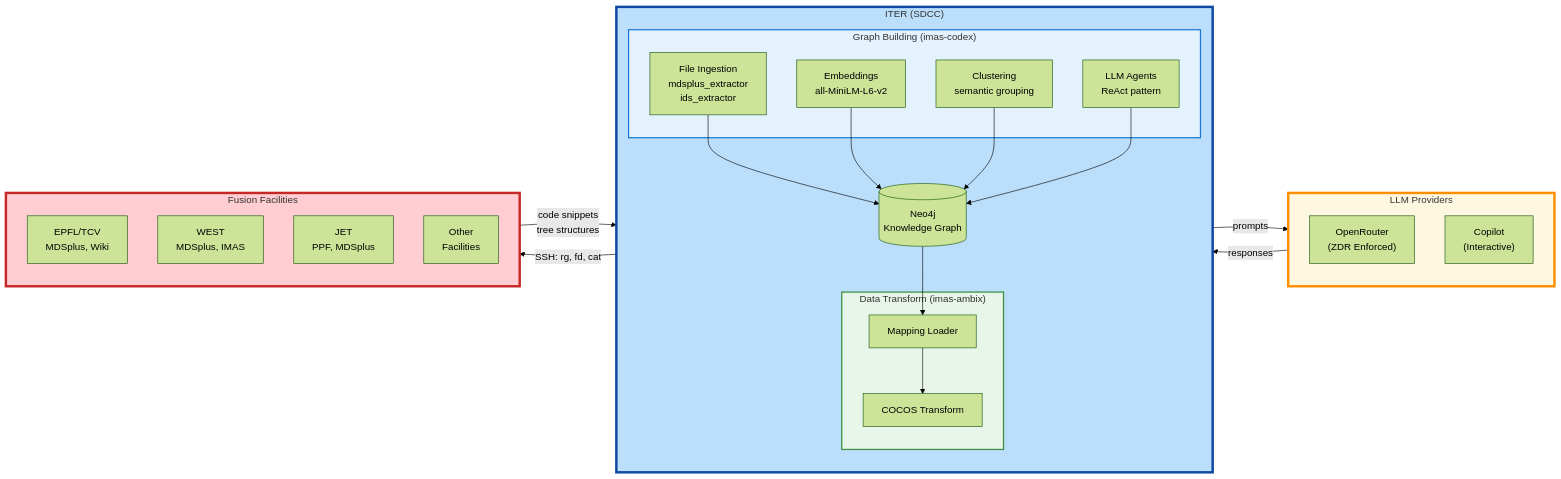
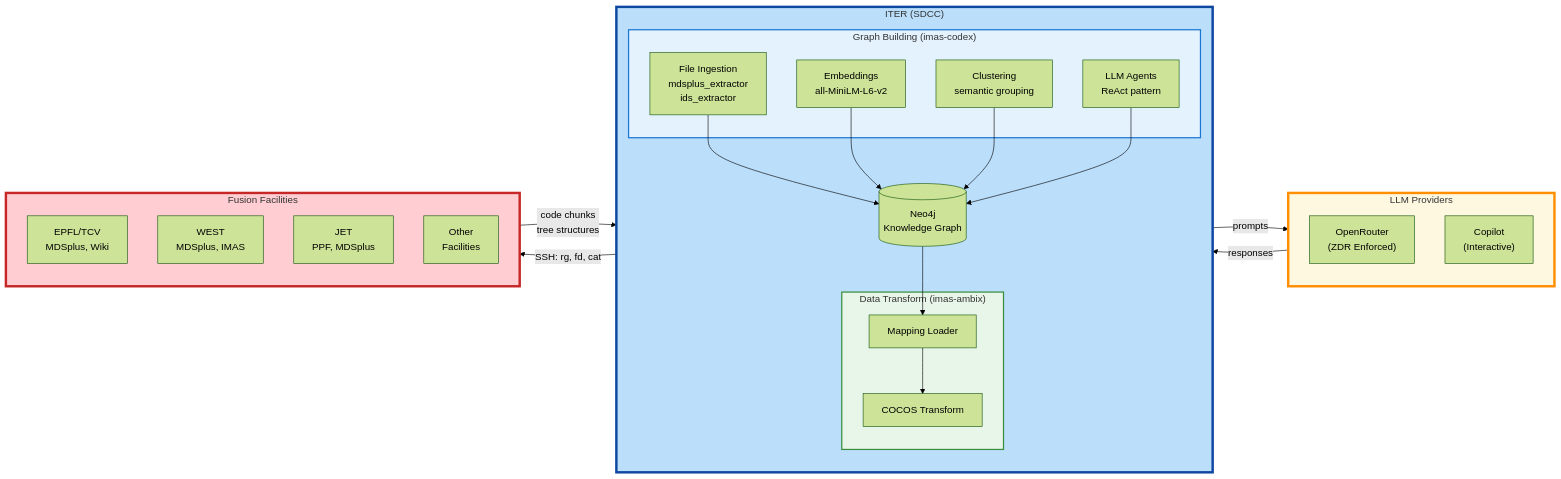
Before and after one commit to iterorganization/imas-mcp: the third of 8 diagrams in docs/architecture/facility-access.md, drawn with Mermaid (forest theme). The commit also changed other lines of this file, not shown here.

First line of the commit message:
docs: improve facility-access architecture document

````diff
--- a/docs/architecture/facility-access.md
+++ b/docs/architecture/facility-access.md
@@ -115,66 +117,66 @@
 ```mermaid
 flowchart LR
     subgraph LLM_BOX["LLM Providers"]
         direction TB
         OPENROUTER["OpenRouter
         (ZDR Enforced)"]
         COPILOT["Copilot
         (Interactive)"]
     end
 
     subgraph ITER_BOX["ITER (SDCC)"]
         direction TB
         
         subgraph BUILD["Graph Building (imas-codex)"]
             INGEST["File Ingestion
             mdsplus_extractor
             ids_extractor"]
             EMBED["Embeddings
             all-MiniLM-L6-v2"]
             CLUSTER["Clustering
             semantic grouping"]
             AGENTS["LLM Agents
             ReAct pattern"]
         end
         
         GRAPH[("Neo4j
         Knowledge Graph")]
         
         subgraph RUNTIME["Data Transform (imas-ambix)"]
             MAPPER["Mapping Loader"]
             TRANSFORM["COCOS Transform"]
         end
         
         INGEST --> GRAPH
         EMBED --> GRAPH
         CLUSTER --> GRAPH
         AGENTS --> GRAPH
         GRAPH --> MAPPER
         MAPPER --> TRANSFORM
     end
     
     subgraph FACILITIES["Fusion Facilities"]
         direction TB
         EPFL["EPFL/TCV
         MDSplus, Wiki"]
         WEST["WEST
         MDSplus, IMAS"]
         JET["JET
         PPF, MDSplus"]
         MORE["Other
         Facilities"]
     end
 
+    LLM_BOX -->|"responses"| AGENTS
+    AGENTS -->|"prompts"| LLM_BOX
+    
     INGEST -->|"SSH: rg, fd, cat"| FACILITIES
-    FACILITIES -->|"code snippets
+    FACILITIES -->|"code chunks
     tree structures"| INGEST
-    
-    AGENTS -->|"prompts"| LLM_BOX
-    LLM_BOX -->|"responses"| AGENTS
 
+    style LLM_BOX fill:#fff8e1,stroke:#ff8f00,stroke-width:4px
     style ITER_BOX fill:#bbdefb,stroke:#0d47a1,stroke-width:4px
     style FACILITIES fill:#ffcdd2,stroke:#c62828,stroke-width:4px
-    style LLM_BOX fill:#fff8e1,stroke:#ff8f00,stroke-width:4px
     style BUILD fill:#e3f2fd,stroke:#1976d2,stroke-width:2px
     style RUNTIME fill:#e8f5e9,stroke:#388e3c,stroke-width:2px
 ```
````
